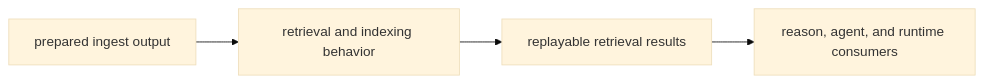
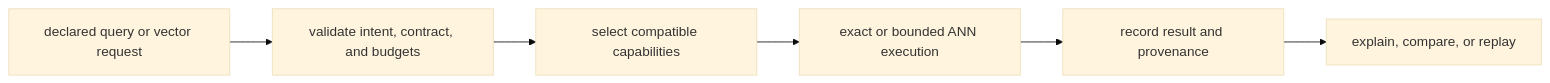
Before and after one commit to bijux/bijux-canon: the diagram in docs/03-bijux-canon-index/foundation/package-overview.md, drawn with Mermaid (base theme). The commit also changed other lines of this file and 2 other files, not shown here.

Commit message:
docs(index): explain package state and setup

````diff
--- a/docs/03-bijux-canon-index/foundation/package-overview.md
+++ b/docs/03-bijux-canon-index/foundation/package-overview.md
@@ -16,9 +22,11 @@
 ```mermaid
 flowchart LR
-    prepared["prepared ingest output"]
-    index["retrieval and indexing behavior"]
-    results["replayable retrieval results"]
-    downstream["reason, agent, and runtime consumers"]
+    request["declared query or vector request"]
+    validate["validate intent, contract, and budgets"]
+    select["select compatible capabilities"]
+    execute["exact or bounded ANN execution"]
+    provenance["record result and provenance"]
+    consume["explain, compare, or replay"]
 
-    prepared --> index --> results --> downstream
+    request --> validate --> select --> execute --> provenance --> consume
 ```
````
